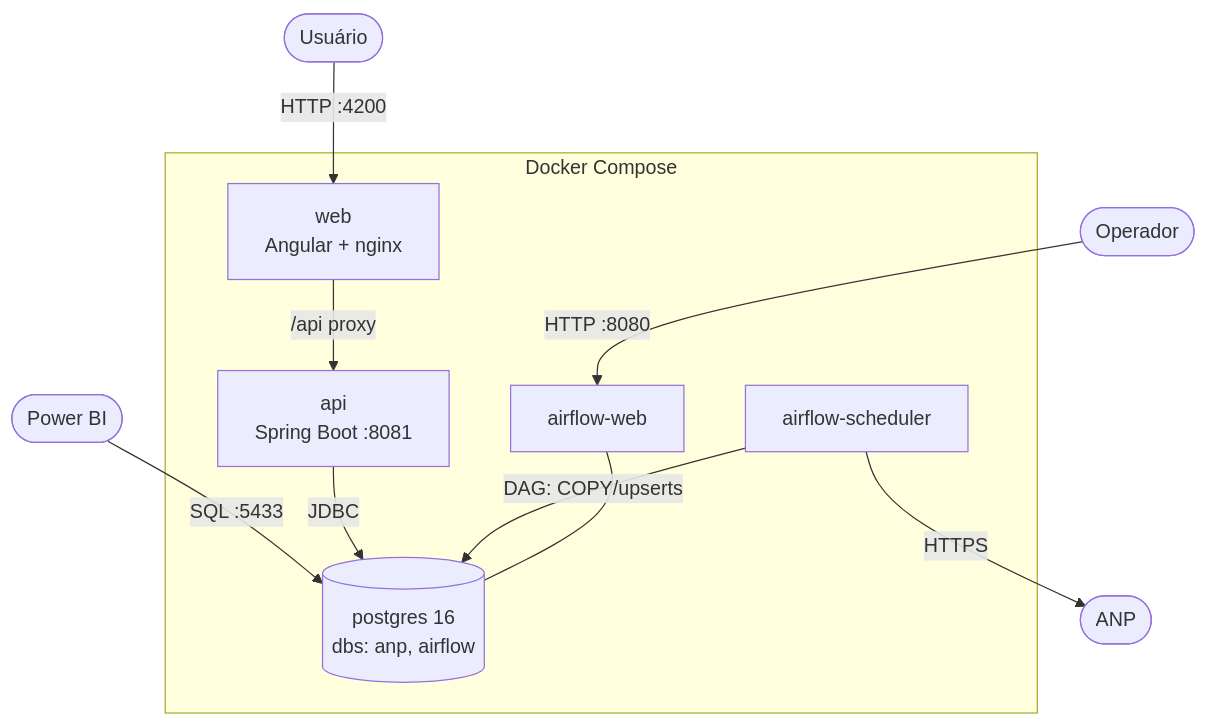
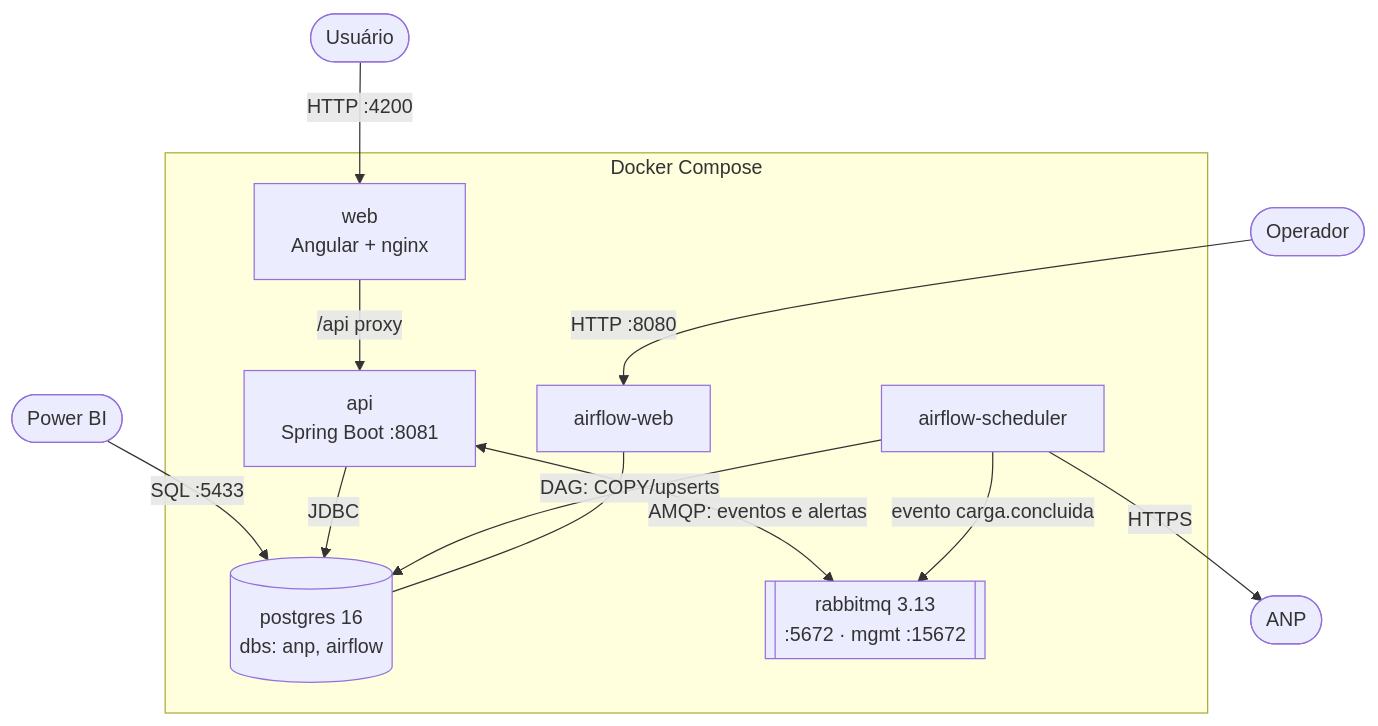
The seventh of 11 diagrams in docs/ARQUITETURA.md (AllanCristiano/dadosabertosprojeto), drawn with Mermaid before and after one commit. The commit also changed other lines of this file and 52 other files, not shown here.

````diff
--- a/docs/ARQUITETURA.md
+++ b/docs/ARQUITETURA.md
@@ -200,18 +202,21 @@
 ```mermaid
 flowchart TB
   user([Usuário]) -->|HTTP :4200| WEB
   bi([Power BI]) -->|SQL :5433| PG
   op([Operador]) -->|HTTP :8080| AFW
   subgraph Docker Compose
     WEB[web<br/>Angular + nginx]
     API[api<br/>Spring Boot :8081]
     AFW[airflow-web]
     AFS[airflow-scheduler]
     PG[(postgres 16<br/>dbs: anp, airflow)]
+    MQ[[rabbitmq 3.13<br/>:5672 · mgmt :15672]]
   end
   WEB -->|/api proxy| API
   API -->|JDBC| PG
+  API <-->|AMQP: eventos e alertas| MQ
+  AFS -->|"evento carga.concluida"| MQ
   AFS -->|DAG: COPY/upserts| PG
   AFW --- PG
   AFS -->|HTTPS| ANP([ANP])
 ```
````
